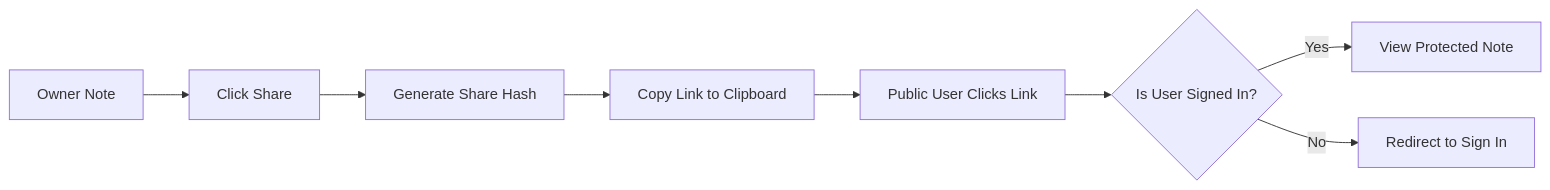
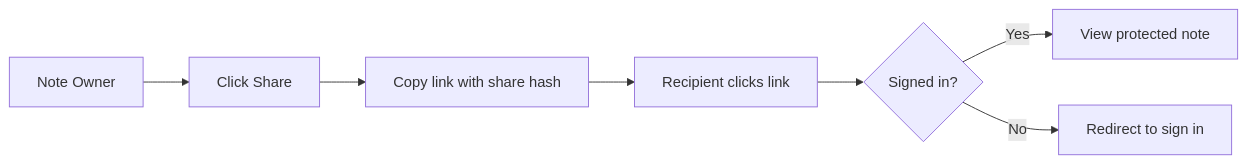
The fourth of 4 diagrams in README.md (GEET3001/MemoryPal), drawn with Mermaid before and after one commit. The commit also changed other lines of this file and 11 other files, not shown here.

````diff
--- a/README.md
+++ b/README.md
@@ -49,10 +69,9 @@
 ```mermaid
 graph LR
-    A[Owner Note] --> B[Click Share]
-    B --> C[Generate Share Hash]
-    C --> D[Copy Link to Clipboard]
-    D --> E[Public User Clicks Link]
-    E --> F{Is User Signed In?}
-    F -->|Yes| G[View Protected Note]
-    F -->|No| H[Redirect to Sign In]
+    A[Note Owner] --> B[Click Share]
+    B --> C[Copy link with share hash]
+    C --> D[Recipient clicks link]
+    D --> E{Signed in?}
+    E -->|Yes| F[View protected note]
+    E -->|No| G[Redirect to sign in]
 ```
````
